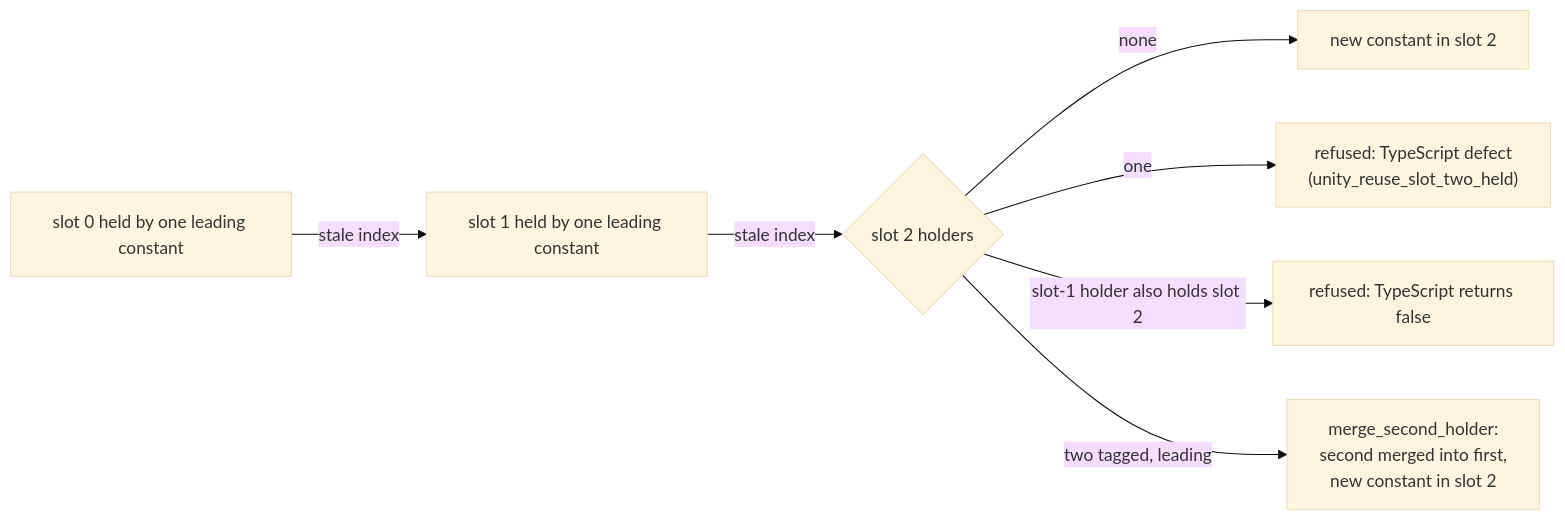
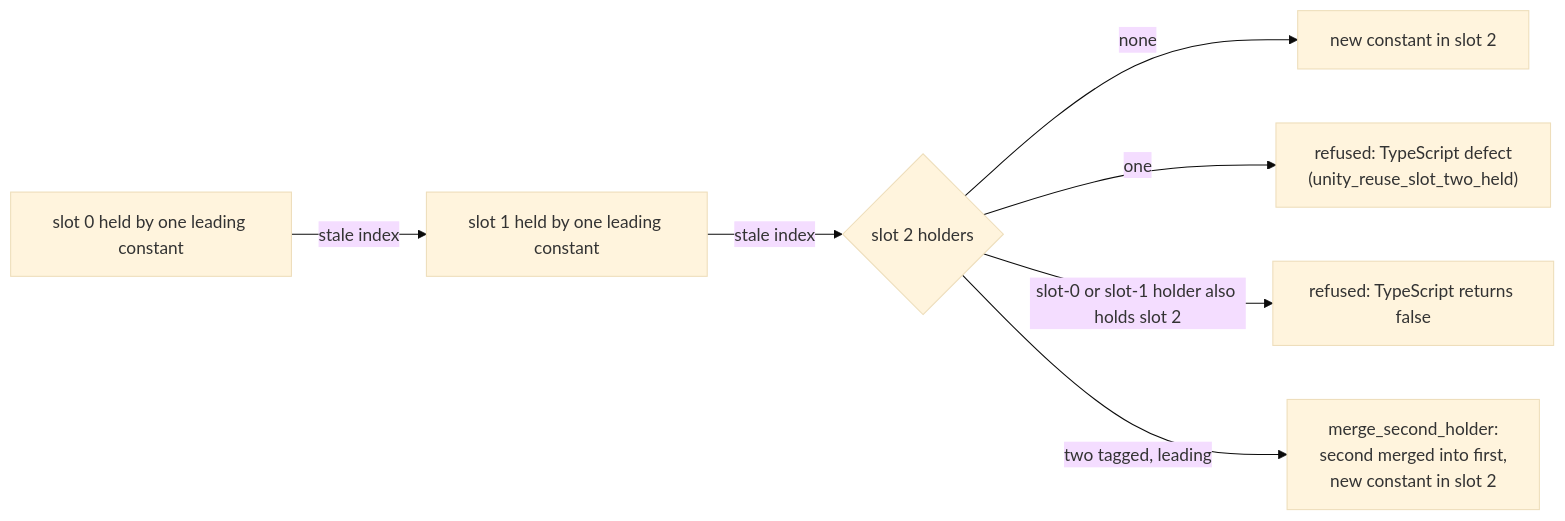
Before and after one commit to stSoftwareAU/NEAT-AI-core: the diagram in docs/archive/pr-summaries/pr-summary-778.md, drawn with Mermaid (base theme). The commit also changed other lines of this file and 3 other files, not shown here.

````diff
--- a/docs/archive/pr-summaries/pr-summary-778.md
+++ b/docs/archive/pr-summaries/pr-summary-778.md
@@ -73,9 +76,9 @@
 ```mermaid
 flowchart LR
     S0["slot 0 held by one leading constant"] -->|"stale index"| S1["slot 1 held by one leading constant"]
     S1 -->|"stale index"| S2{"slot 2 holders"}
     S2 -->|"none"| N["new constant in slot 2"]
     S2 -->|"one"| R["refused: TypeScript defect<br/>(unity_reuse_slot_two_held)"]
-    S2 -->|"slot-1 holder also holds slot 2"| B["refused: TypeScript returns false"]
+    S2 -->|"slot-0 or slot-1 holder also holds slot 2"| B["refused: TypeScript returns false"]
     S2 -->|"two tagged, leading"| M["merge_second_holder:<br/>second merged into first,<br/>new constant in slot 2"]
 ```
````
